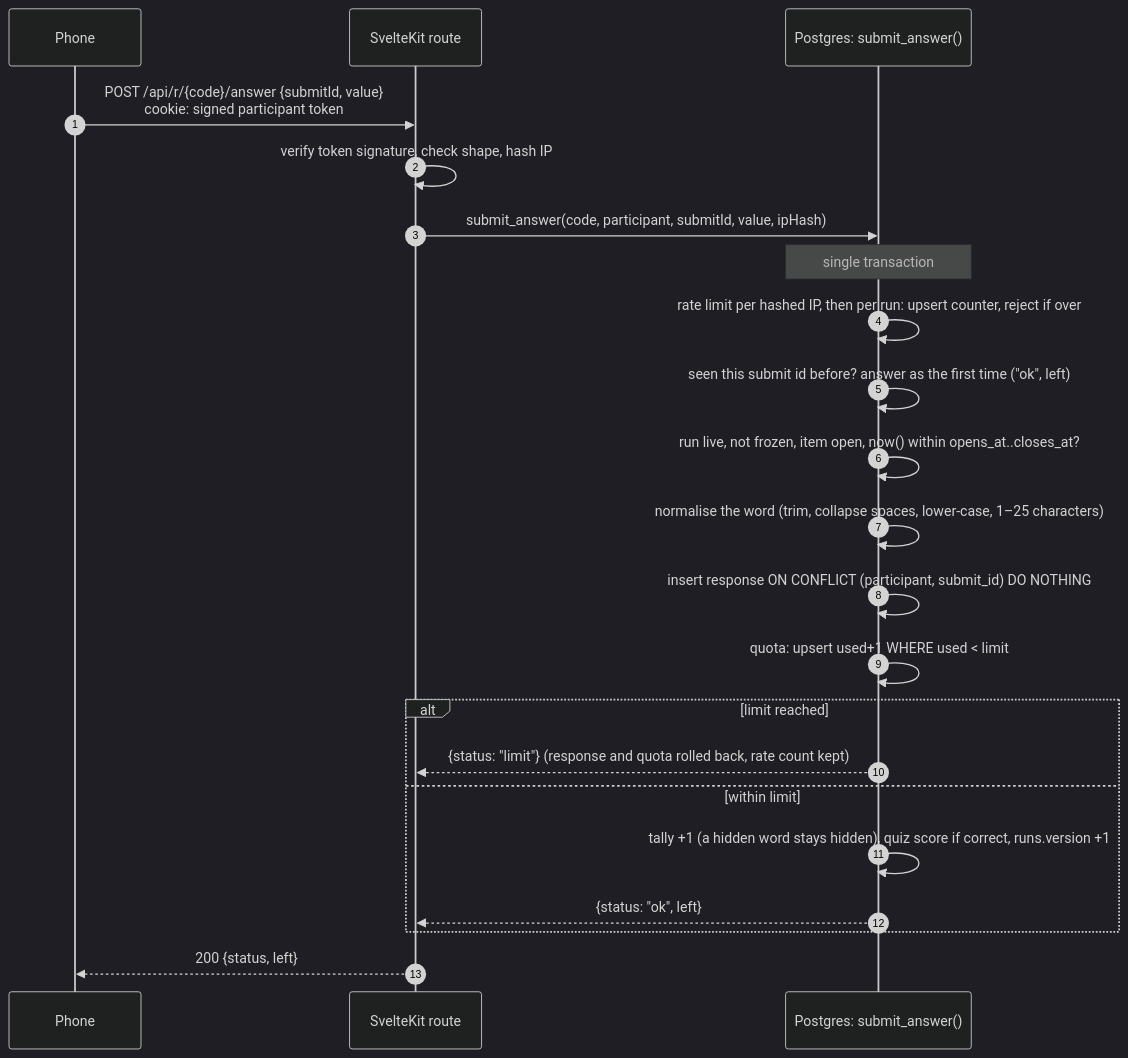
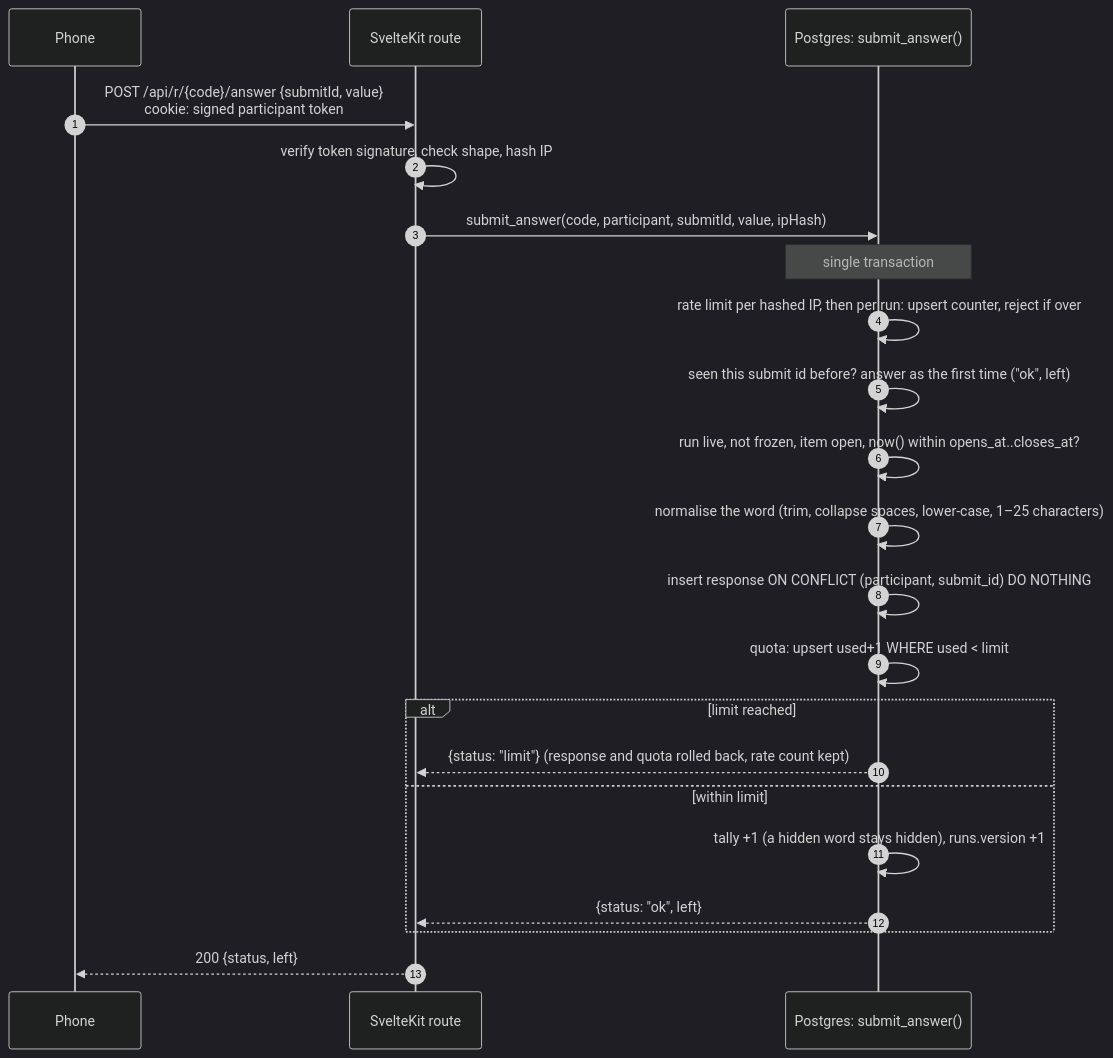
One commit to shahil1dn/volley changed the seventh of 10 diagrams in docs/ARCHITECTURE.md. Above: the diagram before and after it, drawn with Mermaid (dark theme). The commit also changed other lines of this file and 3 other files, not shown here.

````diff
--- a/docs/ARCHITECTURE.md
+++ b/docs/ARCHITECTURE.md
@@ -217,25 +216,25 @@
 ```mermaid
 sequenceDiagram
   autonumber
   participant Ph as Phone
   participant Fn as SvelteKit route
   participant Db as Postgres: submit_answer()
 
   Ph->>Fn: POST /api/r/{code}/answer {submitId, value}<br/>cookie: signed participant token
   Fn->>Fn: verify token signature, check shape, hash IP
   Fn->>Db: submit_answer(code, participant, submitId, value, ipHash)
   Note over Db: single transaction
   Db->>Db: rate limit per hashed IP, then per run: upsert counter, reject if over
   Db->>Db: seen this submit id before? answer as the first time ("ok", left)
   Db->>Db: run live, not frozen, item open, now() within opens_at..closes_at?
   Db->>Db: normalise the word (trim, collapse spaces, lower-case, 1–25 characters)
   Db->>Db: insert response ON CONFLICT (participant, submit_id) DO NOTHING
   Db->>Db: quota: upsert used+1 WHERE used < limit
   alt limit reached
     Db-->>Fn: {status: "limit"} (response and quota rolled back, rate count kept)
   else within limit
-    Db->>Db: tally +1 (a hidden word stays hidden), quiz score if correct, runs.version +1
+    Db->>Db: tally +1 (a hidden word stays hidden), runs.version +1
     Db-->>Fn: {status: "ok", left}
   end
   Fn-->>Ph: 200 {status, left}
 ```
````
